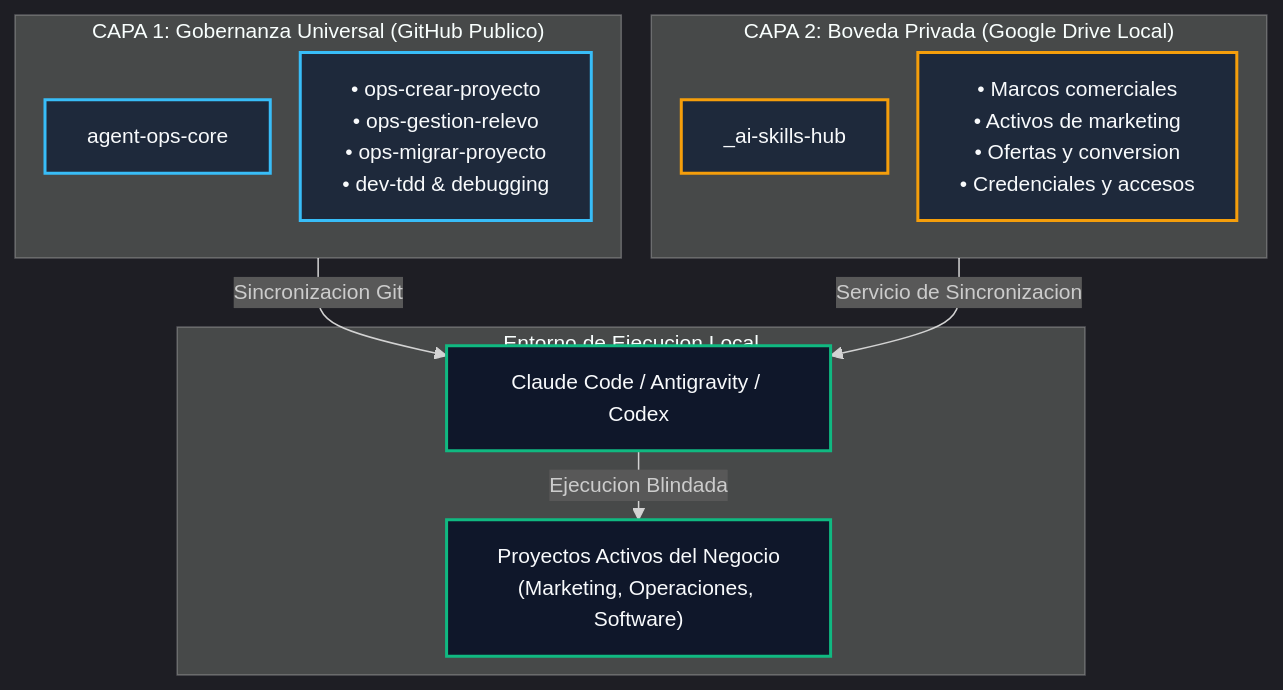
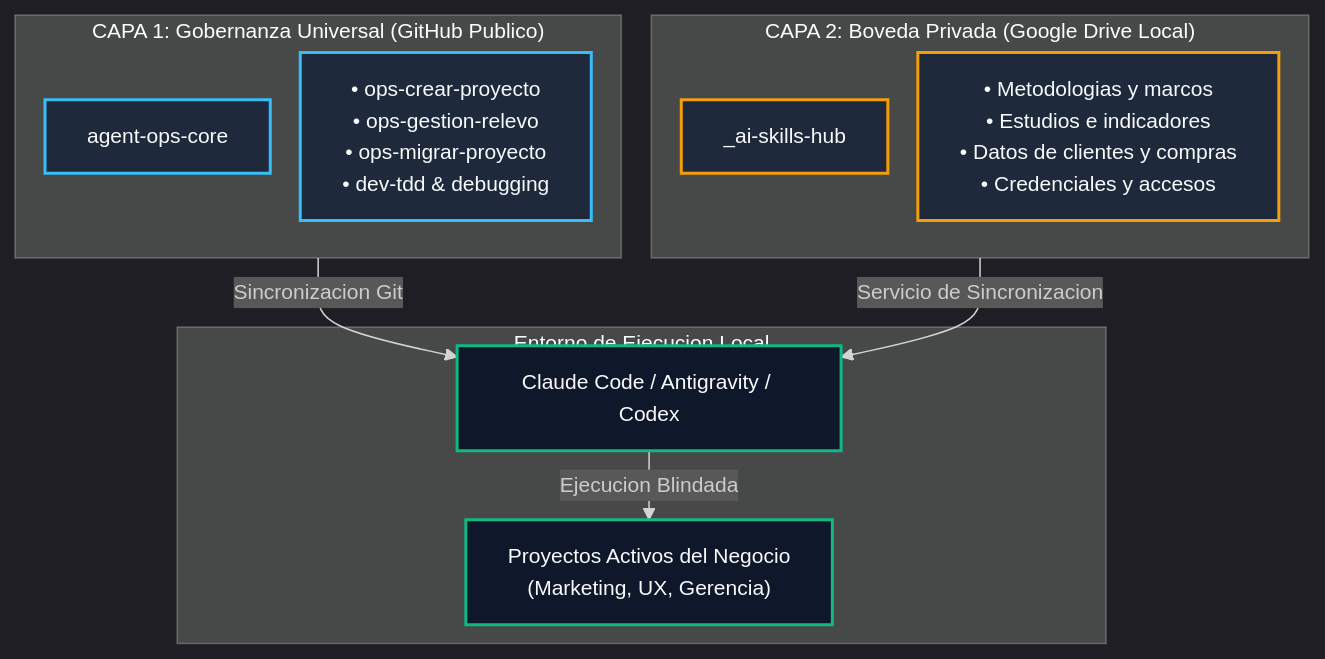
One commit to eddvasquez/agent-ops-core changed the third of 4 diagrams in README.md. Above: the diagram before and after it, drawn with Mermaid. The commit also changed other lines of this file, not shown here.

Commit message:
docs(interlude): adaptar comunicacion a Marketing, Experiencia de Usuario (UX) y Gerencia Administrativa con casos reales y prompts especializados

````diff
--- a/README.md
+++ b/README.md
@@ -197,31 +274,31 @@
 ```mermaid
 %%{init: {'theme': 'dark', 'themeVariables': { 'fontSize': '14px' }, 'flowchart': { 'minNodeWidth': 230, 'nodeSpacing': 20, 'rankSpacing': 25, 'padding': 14 }}}%%
 flowchart TD
     subgraph CAPA1["CAPA 1: Gobernanza Universal (GitHub Publico)"]
         direction TB
         OpsCore["agent-ops-core"]
         P_Ops["• ops-crear-proyecto<br>• ops-gestion-relevo<br>• ops-migrar-proyecto<br>• dev-tdd & debugging"]
     end
 
     subgraph CAPA2["CAPA 2: Boveda Privada (Google Drive Local)"]
         direction TB
         HubPrivado["_ai-skills-hub"]
-        P_Priv["• Marcos comerciales<br>• Activos de marketing<br>• Ofertas y conversion<br>• Credenciales y accesos"]
+        P_Priv["• Metodologias y marcos<br>• Estudios e indicadores<br>• Datos de clientes y compras<br>• Credenciales y accesos"]
     end
 
     subgraph MOTOR["Entorno de Ejecucion Local"]
         IA["Claude Code / Antigravity / Codex"]
-        Proyecto["Proyectos Activos del Negocio<br>(Marketing, Operaciones, Software)"]
+        Proyecto["Proyectos Activos del Negocio<br>(Marketing, UX, Gerencia)"]
     end
 
     CAPA1 -->|"Sincronizacion Git"| IA
     CAPA2 -->|"Servicio de Sincronizacion"| IA
     IA -->|"Ejecucion Blindada"| Proyecto
 
     classDef public fill:#1e293b,stroke:#38bdf8,stroke-width:2px,color:#f8fafc;
     classDef private fill:#1e293b,stroke:#f59e0b,stroke-width:2px,color:#f8fafc;
     classDef target fill:#0f172a,stroke:#10b981,stroke-width:2px,color:#f8fafc;
     class OpsCore,P_Ops public;
     class HubPrivado,P_Priv private;
     class IA,Proyecto target;
 ```
````
